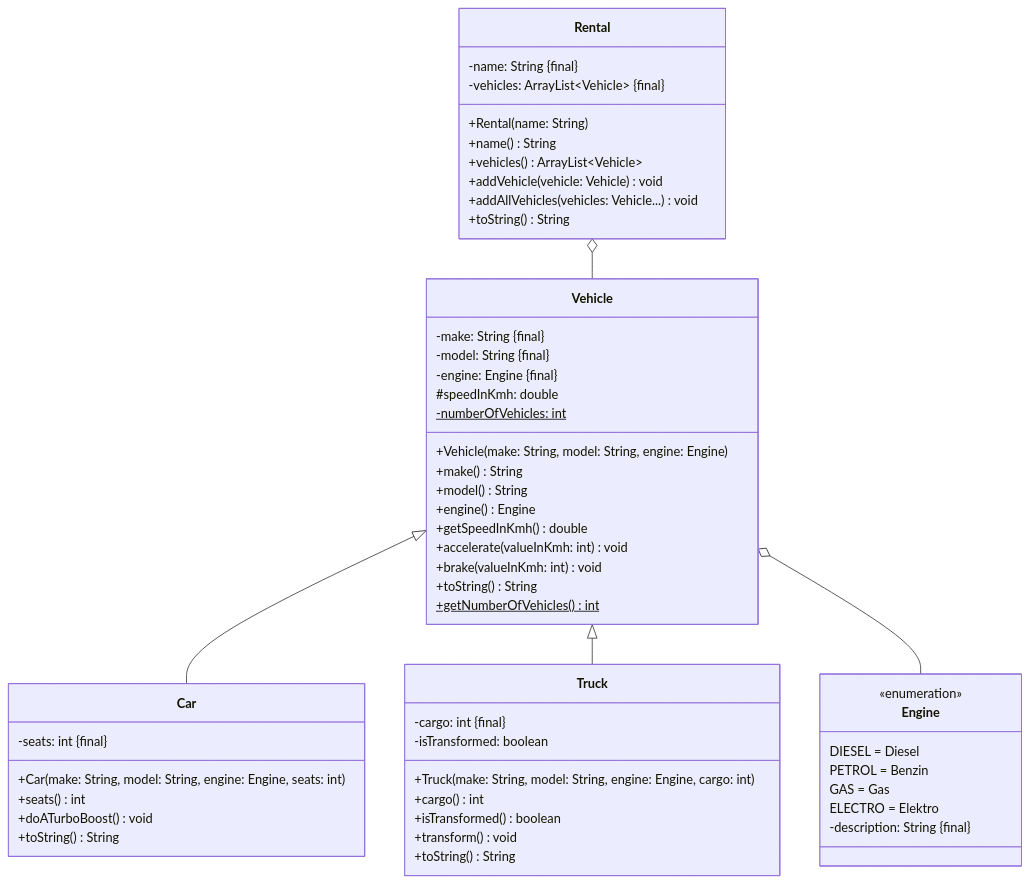
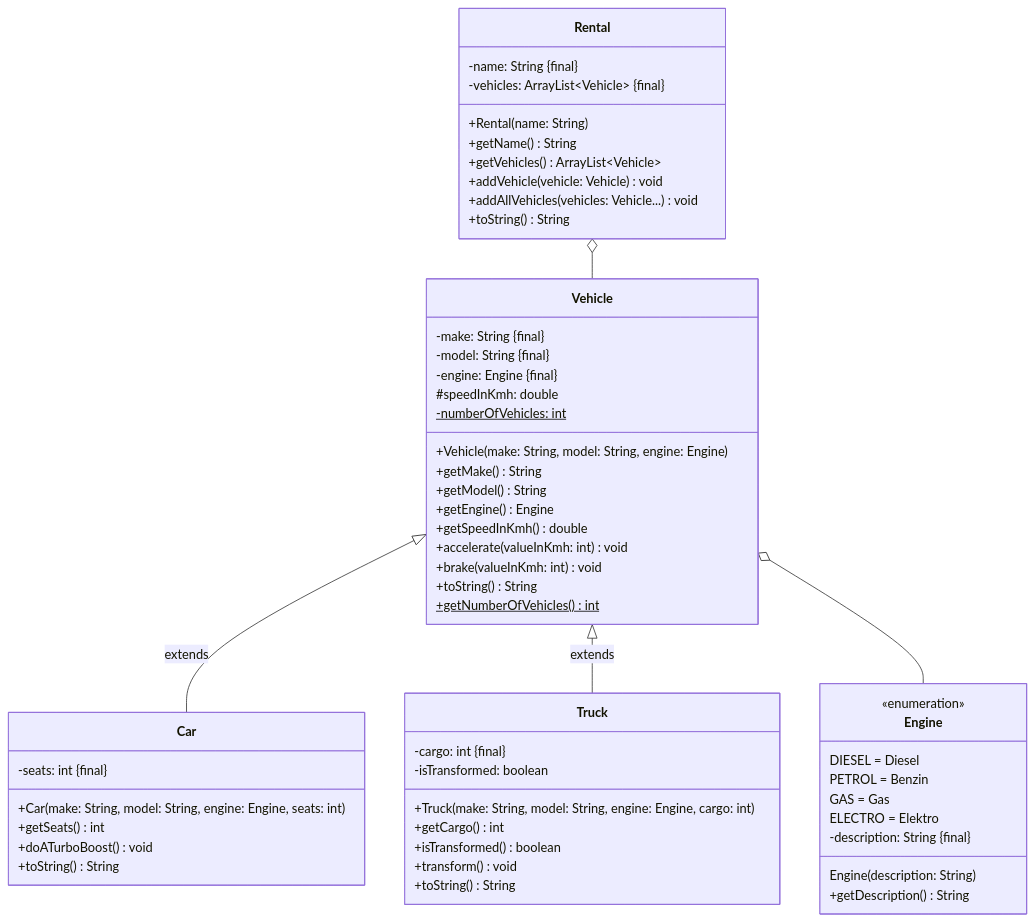
The diagram in docs/exercises/polymorphy/polymorphy02.mdx (jappuccini/java-docs), drawn with Mermaid before and after one commit. The commit also changed 2 other files, not shown here.

Commit message:
fix exercises

````diff
--- a/docs/exercises/polymorphy/polymorphy02.mdx
+++ b/docs/exercises/polymorphy/polymorphy02.mdx
@@ -15,62 +15,64 @@
 ```mermaid
 classDiagram
-    Vehicle <|-- Car
-    Vehicle <|-- Truck
+    Vehicle <|-- Car : extends
+    Vehicle <|-- Truck : extends
     Vehicle o-- Engine
     Rental o-- Vehicle
 
     class Vehicle {
         -make: String &#123final&#125
         -model: String &#123final&#125
         -engine: Engine &#123final&#125
         #speedInKmh: double
         -numberOfVehicles: int$
         +Vehicle(make: String, model: String, engine: Engine)
-        +make() String
-        +model() String
-        +engine() Engine
+        +getMake() String
+        +getModel() String
+        +getEngine() Engine
         +getSpeedInKmh() double
         +accelerate(valueInKmh: int) void
         +brake(valueInKmh: int) void
         +toString() String
         +getNumberOfVehicles()$ int
     }
 
     class Engine {
         <<enumeration>>
         DIESEL = Diesel
         PETROL = Benzin
         GAS = Gas
         ELECTRO = Elektro
         -description: String &#123final&#125
+        Engine(description: String)
+        +getDescription() String
     }
 
     class Car {
         -seats: int &#123final&#125
         +Car(make: String, model: String, engine: Engine, seats: int)
-        +seats() int
+        +getSeats() int
         +doATurboBoost() void
         +toString() String
     }
 
     class Truck {
         -cargo: int &#123final&#125
         -isTransformed: boolean
         +Truck(make: String, model: String, engine: Engine, cargo: int)
-        +cargo() int
+        +getCargo() int
         +isTransformed() boolean
         +transform() void
         +toString() String
     }
 
     class Rental {
         -name: String &#123final&#125
         -vehicles: ArrayList~Vehicle~ &#123final&#125
         +Rental(name: String)
-        +name() String
-        +vehicles() ArrayList~Vehicle~
+        +getName() String
+        +getVehicles() ArrayList~Vehicle~
         +addVehicle(vehicle: Vehicle) void
         +addAllVehicles(vehicles: Vehicle...) void
         +toString() String
     }
 ```
````
